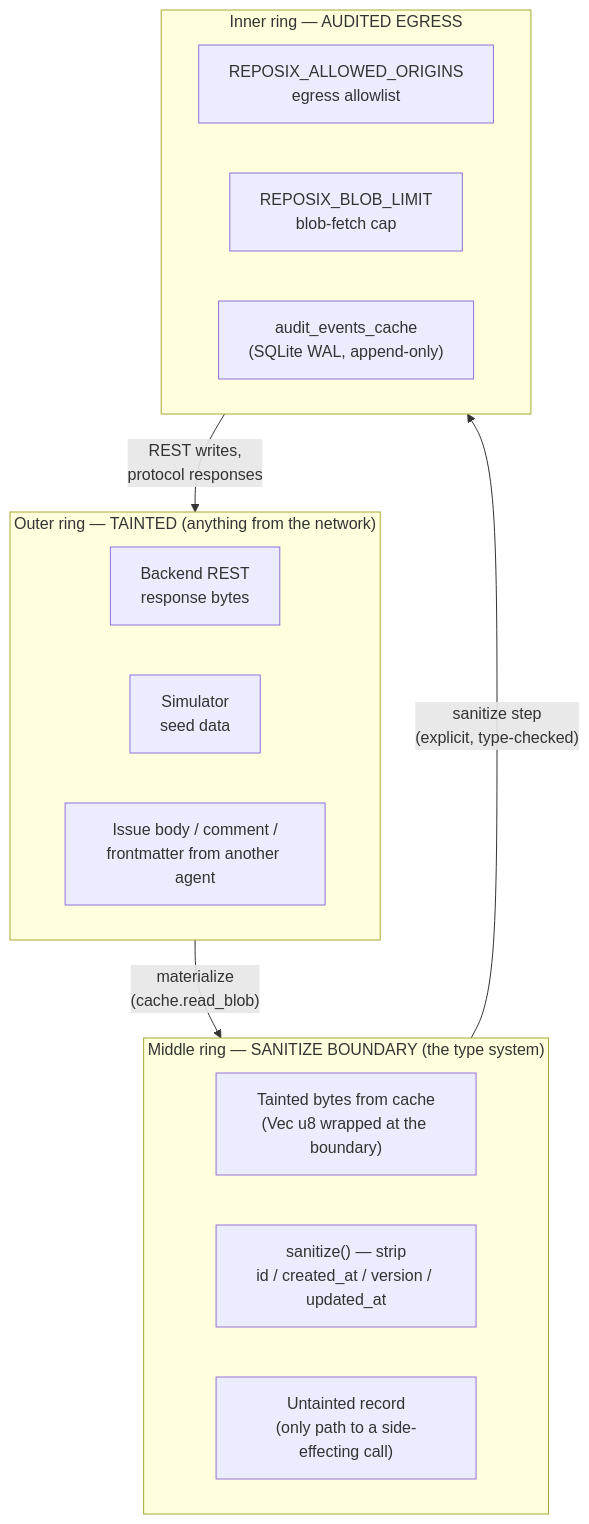
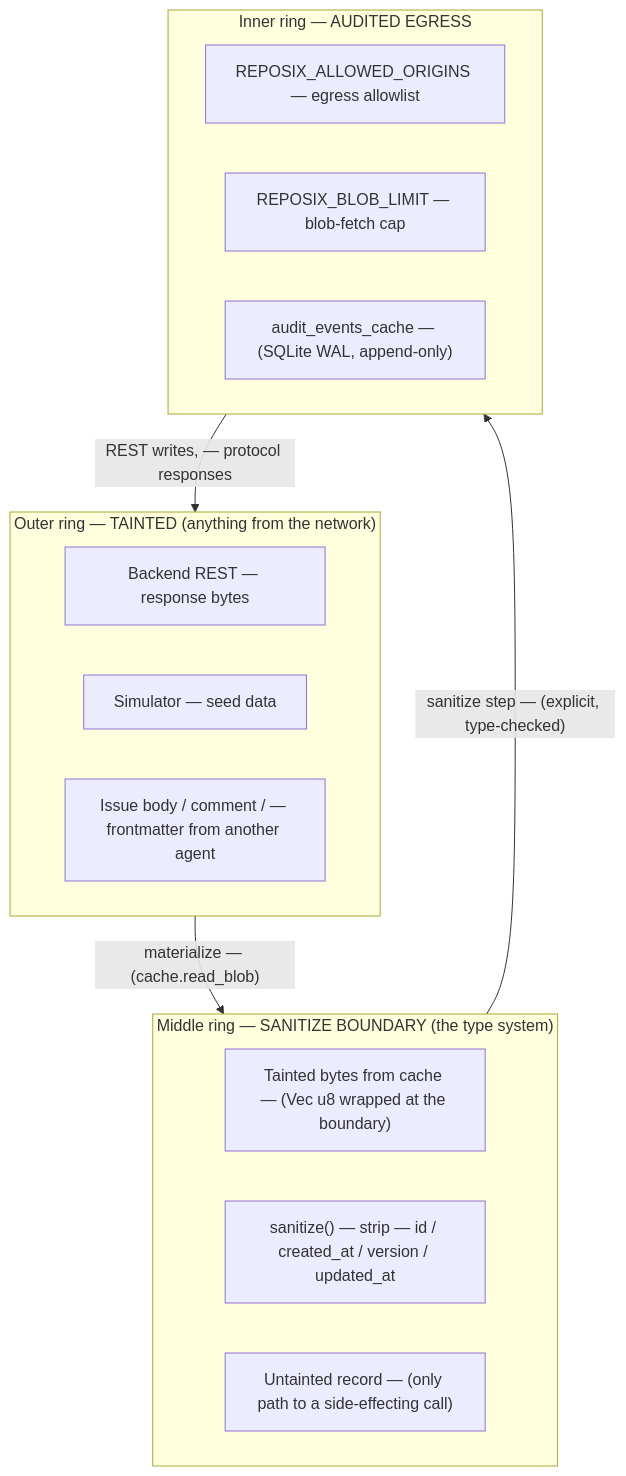
Before and after one commit to reubenjohn/reposix: the diagram in docs/how-it-works/trust-model.md, drawn with Mermaid. The commit also changed 2 other files, not shown here.

````diff
--- a/docs/how-it-works/trust-model.md
+++ b/docs/how-it-works/trust-model.md
@@ -28,27 +28,27 @@
 ```mermaid
 flowchart TB
     subgraph TAINTED["Outer ring — TAINTED (anything from the network)"]
         direction LR
-        T1["Backend REST<br/>response bytes"]
-        T2["Simulator<br/>seed data"]
-        T3["Issue body / comment /<br/>frontmatter from another agent"]
+        T1["Backend REST — response bytes"]
+        T2["Simulator — seed data"]
+        T3["Issue body / comment / — frontmatter from another agent"]
     end
 
     subgraph SANITIZE["Middle ring — SANITIZE BOUNDARY (the type system)"]
         direction LR
-        S1["Tainted bytes from cache<br/>(Vec u8 wrapped at the boundary)"]
-        S2["sanitize() — strip<br/>id / created_at / version / updated_at"]
-        S3["Untainted record<br/>(only path to a side-effecting call)"]
+        S1["Tainted bytes from cache — (Vec u8 wrapped at the boundary)"]
+        S2["sanitize() — strip — id / created_at / version / updated_at"]
+        S3["Untainted record — (only path to a side-effecting call)"]
     end
 
     subgraph AUDITED["Inner ring — AUDITED EGRESS"]
         direction LR
-        E1["REPOSIX_ALLOWED_ORIGINS<br/>egress allowlist"]
-        E2["REPOSIX_BLOB_LIMIT<br/>blob-fetch cap"]
-        E3["audit_events_cache<br/>(SQLite WAL, append-only)"]
+        E1["REPOSIX_ALLOWED_ORIGINS — egress allowlist"]
+        E2["REPOSIX_BLOB_LIMIT — blob-fetch cap"]
+        E3["audit_events_cache — (SQLite WAL, append-only)"]
     end
 
-    TAINTED -->|"materialize<br/>(cache.read_blob)"| SANITIZE
-    SANITIZE -->|"sanitize step<br/>(explicit, type-checked)"| AUDITED
-    AUDITED -->|"REST writes,<br/>protocol responses"| TAINTED
+    TAINTED -->|"materialize — (cache.read_blob)"| SANITIZE
+    SANITIZE -->|"sanitize step — (explicit, type-checked)"| AUDITED
+    AUDITED -->|"REST writes, — protocol responses"| TAINTED
 ```
````
